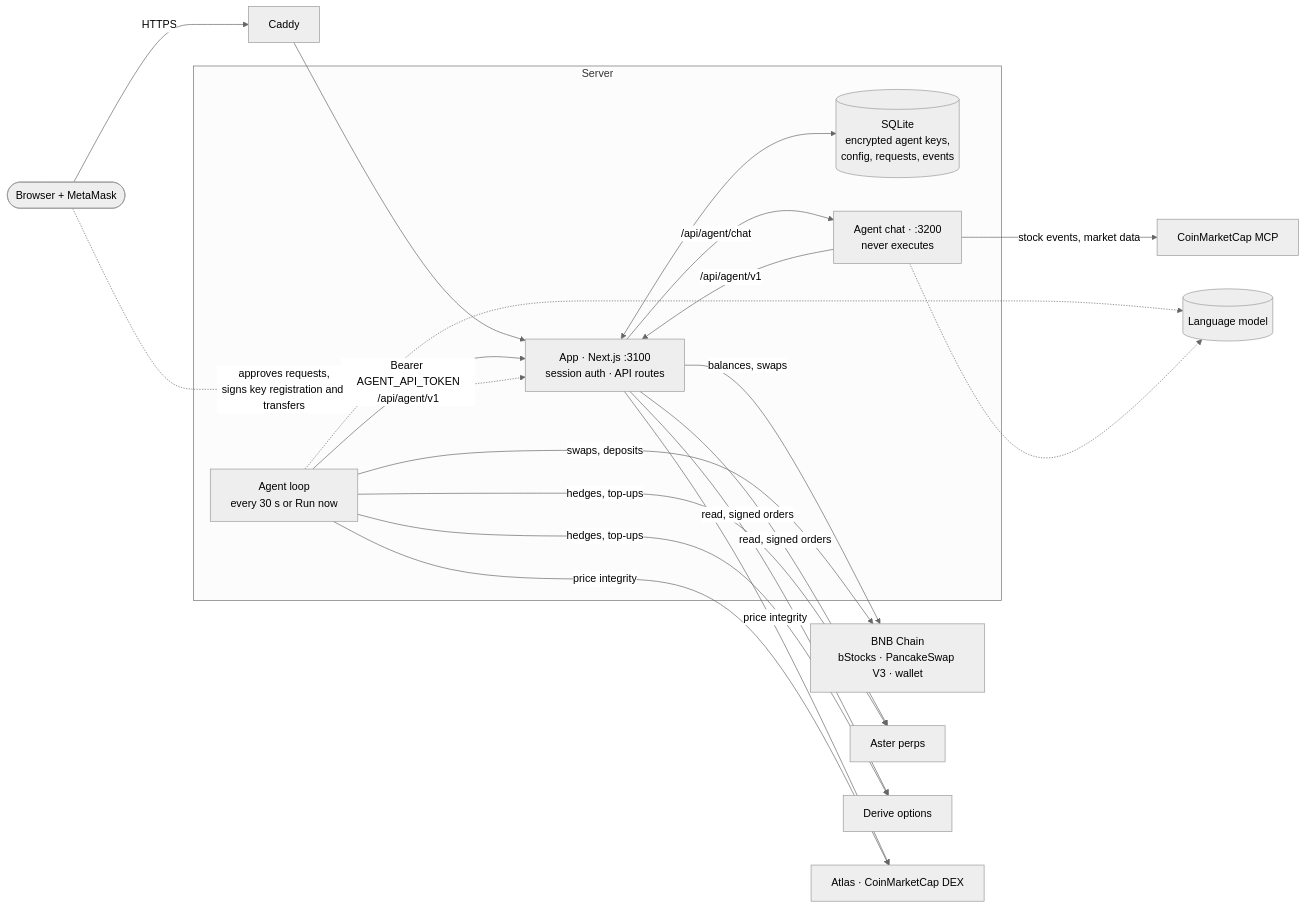
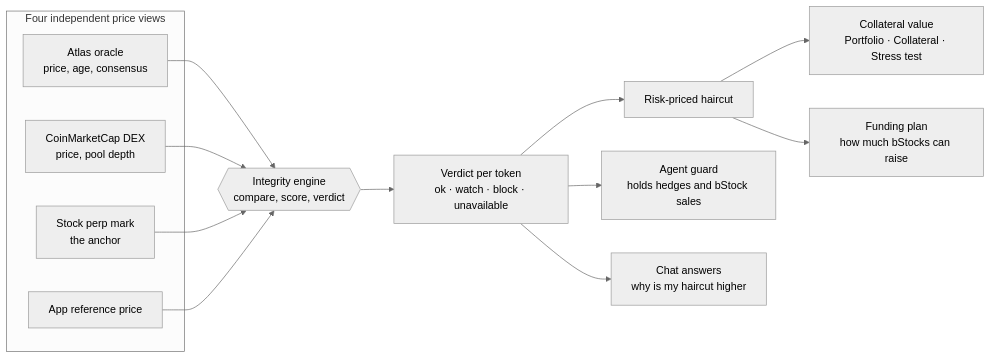
One commit to definet200/Pulse-Risk-Agent-Mainnet changed the first of 2 diagrams in CMC-X-Atlas/README.md. Above: the diagram before and after it, drawn with Mermaid (neutral theme). The commit also changed other lines of this file and 1 other file, not shown here.

````diff
--- a/CMC-X-Atlas/README.md
+++ b/CMC-X-Atlas/README.md
@@ -136,29 +36,24 @@
 ```mermaid
 flowchart LR
-    U([Browser + MetaMask]) -->|HTTPS| C[Caddy]
-    C --> A
-
-    subgraph Server
-        A["App · Next.js :3100<br/>session auth · API routes"]
-        DB[("SQLite<br/>encrypted agent keys,<br/>config, requests, events")]
-        L["Agent loop<br/>every 30 s or Run now"]
-        CH["Agent chat · :3200<br/>never executes"]
-        A <--> DB
-        A -- "/api/agent/chat" --> CH
-        L -- "Bearer AGENT_API_TOKEN<br/>/api/agent/v1" --> A
-        CH -- "/api/agent/v1" --> A
+    subgraph Sources["Four independent price views"]
+        A["Atlas oracle<br/>price, age, consensus"]
+        C["CoinMarketCap DEX<br/>price, pool depth"]
+        P["Stock perp mark<br/>the anchor"]
+        R["App reference price"]
     end
 
-    A -->|"balances, swaps"| BSC["BNB Chain<br/>bStocks · PancakeSwap V3 · wallet"]
-    A -->|"read, signed orders"| AS[Aster perps]
-    A -->|"read, signed orders"| D[Derive options]
-    A -->|"price integrity"| P["Atlas · CoinMarketCap DEX"]
-    L -->|"hedges, top-ups"| AS
-    L -->|"hedges, top-ups"| D
-    L -->|"swaps, deposits"| BSC
-    L -->|"price integrity"| P
-    CH -->|"stock events, market data"| MCP[CoinMarketCap MCP]
-    L -.-> M[(Language model)]
-    CH -.-> M
-    U -. "approves requests,<br/>signs key registration and transfers" .-> A
+    A --> E
+    C --> E
+    P --> E
+    R --> E
+
+    E{{"Integrity engine<br/>compare, score, verdict"}}
+
+    E --> V["Verdict per token<br/>ok · watch · block · unavailable"]
+    V --> H["Risk-priced haircut"]
+
+    H --> U1["Collateral value<br/>Portfolio · Collateral · Stress test"]
+    H --> U2["Funding plan<br/>how much bStocks can raise"]
+    V --> U3["Agent guard<br/>holds hedges and bStock sales"]
+    V --> U4["Chat answers<br/>why is my haircut higher"]
 ```
````
